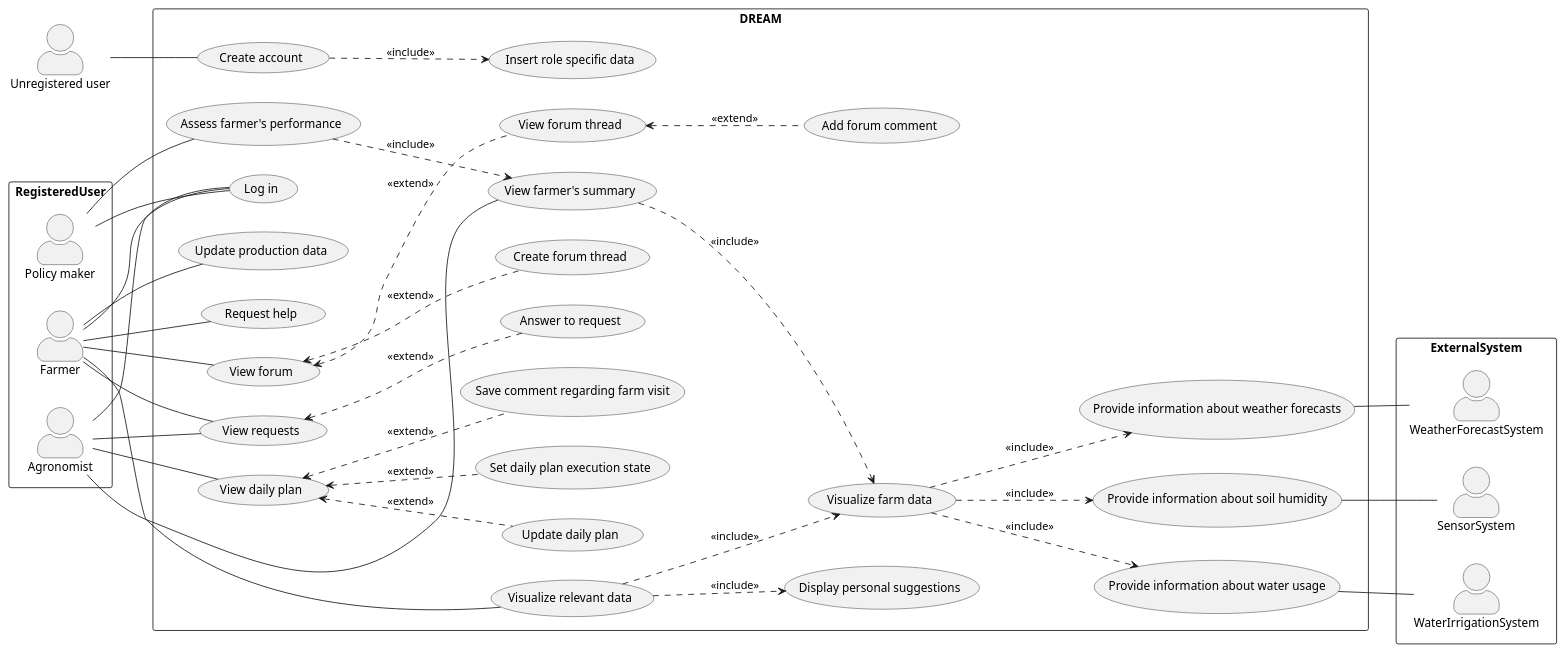
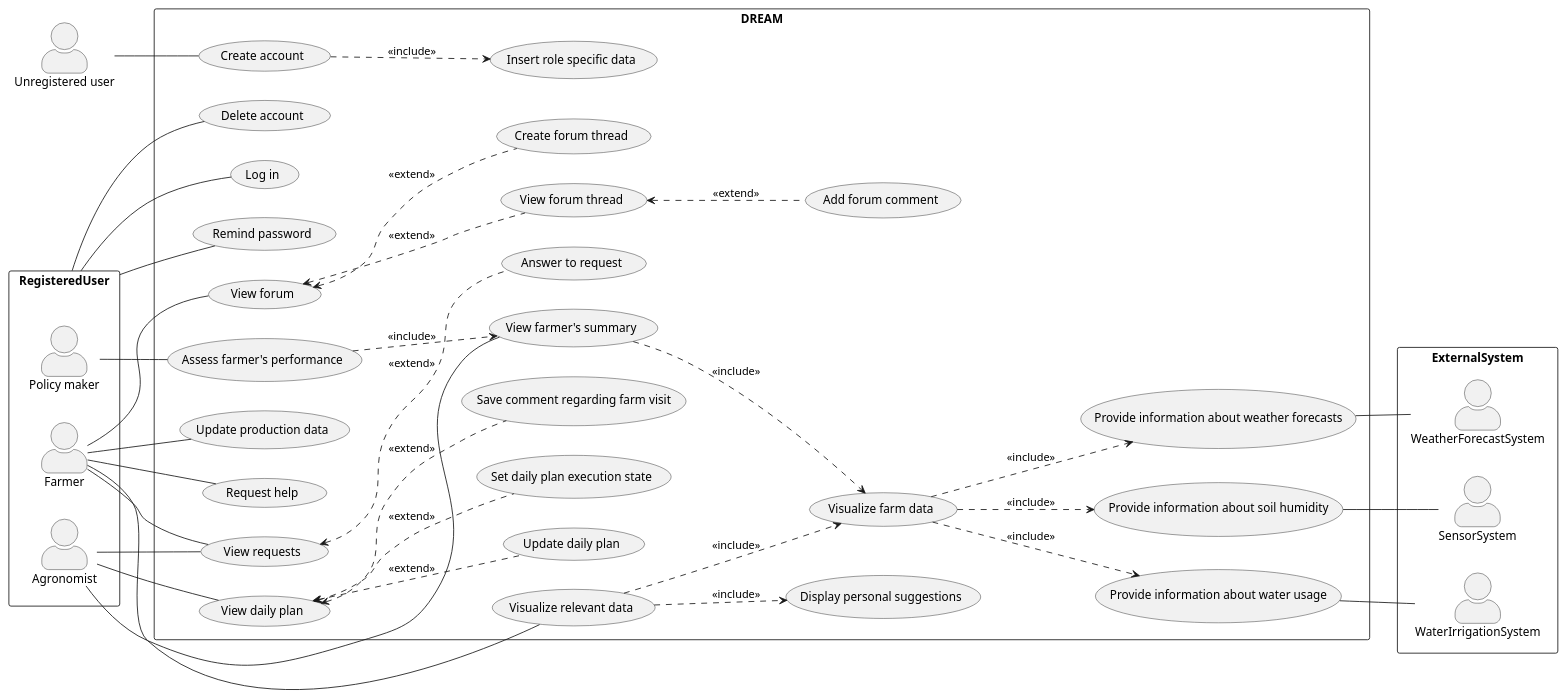
One commit to Astenna/DREAM changed the diagram in RASD/uml/uc.puml. Above: the diagram before and after it, drawn with PlantUML.

Commit message:
UC: added remind password and delete account

```diff
--- a/RASD/uml/uc.puml
+++ b/RASD/uml/uc.puml
@@ -1,70 +1,73 @@
 @startuml Use case
 left to right direction
 skinparam packageStyle rectangle
 skinparam actorStyle awesome
 
 'Primary - should be on the left side
 actor :Unregistered user: as UnregUser
 
 package RegisteredUser {
     actor :Policy maker: as PolMaker
     actor :Farmer:
     actor :Agronomist:
 }
 
 'Secondary - should be on the right side
 package ExternalSystem {
     actor :WeatherForecastSystem:
     actor :WaterIrrigationSystem:
     actor :SensorSystem:
 }
 
 'visualisations - less details or additional phenomenas? as in lower diagram
 'there are MANY missing phenomenas, that can be deducted from UC
 'about SP: which is better?? - maybe a question to tamburri
 '   "The system visualizes data ... for argonomist"
 '   "The system visualizes data ..."
 '   "Agronomist visualizes data"
 rectangle DREAM {
     '''''''''''Common'''''''''''
+    RegisteredUser -- (Log in)
+    RegisteredUser -- (Remind password)
+    RegisteredUser -- (Delete account)
     UnregUser -- (Create account)
-    PolMaker -- (Log in)
-    Agronomist -- (Log in)
+    ' PolMaker -- (Log in)
+    ' Agronomist -- (Log in)
     (Create account) ..> (Insert role specific data) : <<include>>
 
     '''''''''''Farmer'''''''''''
-    Farmer -- (Log in)
+    ' Farmer -- (Log in)
     Farmer -- (Visualize relevant data)
     'should providers be included? maybe a question to Tamburri
     (Visualize relevant data) ..> (Visualize farm data) : <<include>>
     (Visualize farm data) ..> (Provide information about weather forecasts) : <<include>>
     (Visualize farm data) ..> (Provide information about soil humidity) : <<include>>
     (Visualize farm data) ..> (Provide information about water usage) : <<include>>
     (Visualize relevant data) ..> (Display personal suggestions) : <<include>>
     (Provide information about weather forecasts) -- WeatherForecastSystem
     (Provide information about soil humidity) -- SensorSystem
     (Provide information about water usage) -- WaterIrrigationSystem
     Farmer -- (Update production data)
     Farmer -- (Request help)
     Farmer -- (View forum)
     (View forum) <.. (Create forum thread) : <<extend>>
     (View forum) <.. (View forum thread) : <<extend>>
     (View forum thread) <.. (Add forum comment) : <<extend>>
     Farmer -- (View requests)
 
     '''''''''''Agronomist'''''''''''
     Agronomist -- (View farmer's summary)
     Agronomist -- (View requests)
     (View requests) <.. (Answer to request) : <<extend>>
     (View farmer's summary) ..> (Visualize farm data) : <<include>>
     Agronomist -- (View daily plan)
     (View daily plan) <.. (Update daily plan) : <<extend>>
     (View daily plan) <.. (Set daily plan execution state) : <<extend>>
     (View daily plan) <.. (Save comment regarding farm visit) : <<extend>>
 
     '''''''''''Policy maker'''''''''''
     PolMaker -- (Assess farmer's performance)
     (Assess farmer's performance) ..> (View farmer's summary) : <<include>>
 }
 
 @enduml
```
